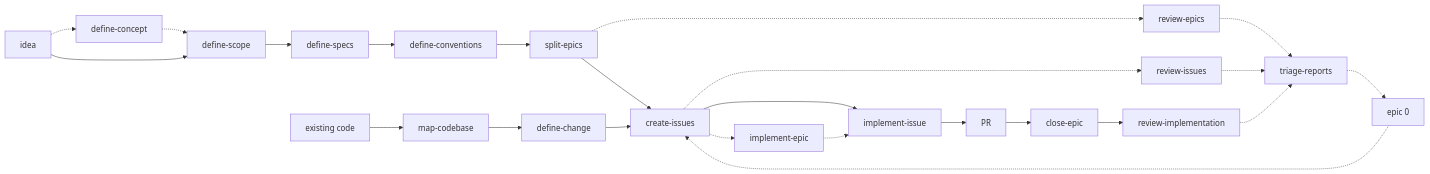
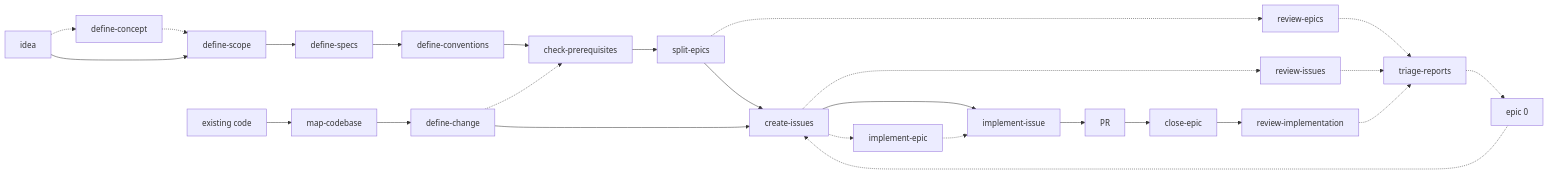
The diagram in docs/pipeline.md (julienlegoux/skills), drawn with Mermaid before and after one commit. The commit also changed other lines of this file and 9 other files, not shown here.

````diff
--- a/docs/pipeline.md
+++ b/docs/pipeline.md
@@ -15,30 +15,32 @@
 ```mermaid
 flowchart LR
     A[idea] -.-> A1[define-concept]
     A1 -.-> B
     A --> B[define-scope]
     B --> C[define-specs]
     C --> D[define-conventions]
-    D --> E[split-epics]
+    D --> P[check-prerequisites]
+    P --> E[split-epics]
 
     A2[existing code] --> M[map-codebase]
     M --> N[define-change]
+    N -.-> P
 
     E --> F[create-issues]
     N --> F
     F --> G[implement-issue]
     G --> H[PR]
     F -.-> I[implement-epic]
     I -.-> G
 
     H --> J[close-epic]
     J --> K[review-implementation]
 
     E -.-> R1[review-epics]
     F -.-> R2[review-issues]
     R1 -.-> T[triage-reports]
     R2 -.-> T
     K -.-> T
     T -.-> E0[epic 0]
     E0 -.-> F
 ```
````
